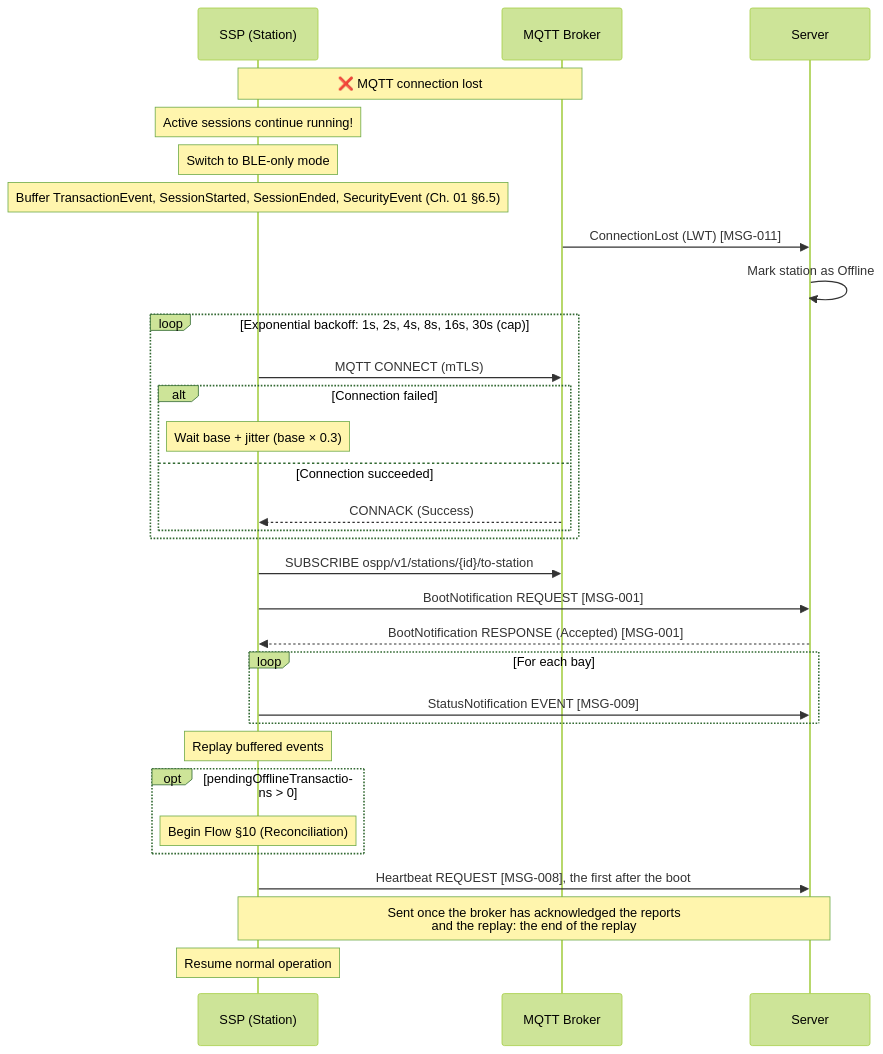
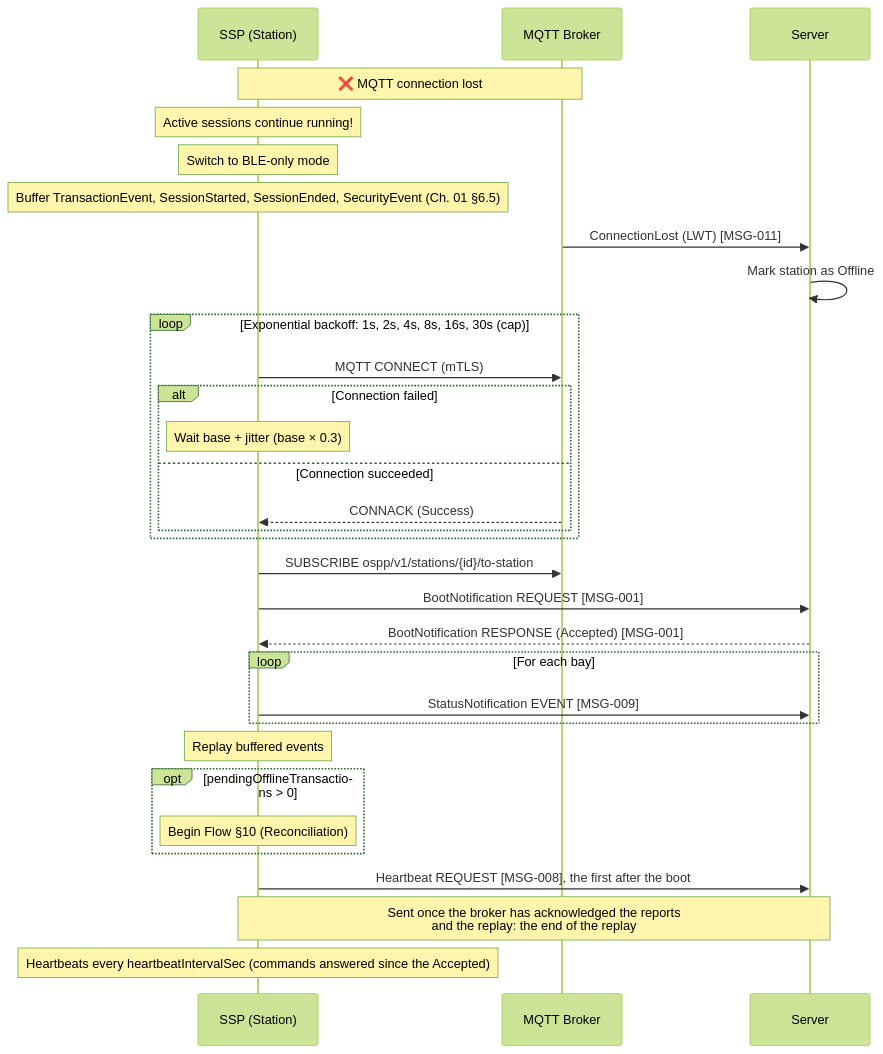
Before and after one commit to ospp-org/spec: diagram 11 of 19 in spec/04-flows.md, drawn with Mermaid (forest theme). The commit also changed other lines of this file and 7 other files, not shown here.

First line of the commit message:
spec, guides, diagrams: the review of the replay window and the restart reckoning - the reckoning counts the latest boot that kept the session at which the station restarted, and the consolidated timeout table carries the replay window

````diff
--- a/spec/04-flows.md
+++ b/spec/04-flows.md
@@ -1370,43 +1370,43 @@
 ```mermaid
 sequenceDiagram
     participant SSP as SSP (Station)
     participant Broker as MQTT Broker
     participant Server
 
     Note over SSP,Broker: ❌ MQTT connection lost
 
     Note over SSP: Active sessions continue running!
     Note over SSP: Switch to BLE-only mode
     Note over SSP: Buffer TransactionEvent, SessionStarted, SessionEnded, SecurityEvent (Ch. 01 §6.5)
 
     Broker->>Server: ConnectionLost (LWT) [MSG-011]
     Server->>Server: Mark station as Offline
 
     loop Exponential backoff: 1s, 2s, 4s, 8s, 16s, 30s (cap)
         SSP->>Broker: MQTT CONNECT (mTLS)
         alt Connection failed
             Note over SSP: Wait base + jitter (base × 0.3)
         else Connection succeeded
             Broker-->>SSP: CONNACK (Success)
         end
     end
 
     SSP->>Broker: SUBSCRIBE ospp/v1/stations/{id}/to-station
     SSP->>Server: BootNotification REQUEST [MSG-001]
     Server-->>SSP: BootNotification RESPONSE (Accepted) [MSG-001]
 
     loop For each bay
         SSP->>Server: StatusNotification EVENT [MSG-009]
     end
 
     Note over SSP: Replay buffered events
 
     opt pendingOfflineTransactions > 0
         Note over SSP: Begin Flow §10 (Reconciliation)
     end
 
     SSP->>Server: Heartbeat REQUEST [MSG-008], the first after the boot
     Note over SSP,Server: Sent once the broker has acknowledged the reports<br/>and the replay: the end of the replay
 
-    Note over SSP: Resume normal operation
+    Note over SSP: Heartbeats every heartbeatIntervalSec (commands answered since the Accepted)
 ```
````
